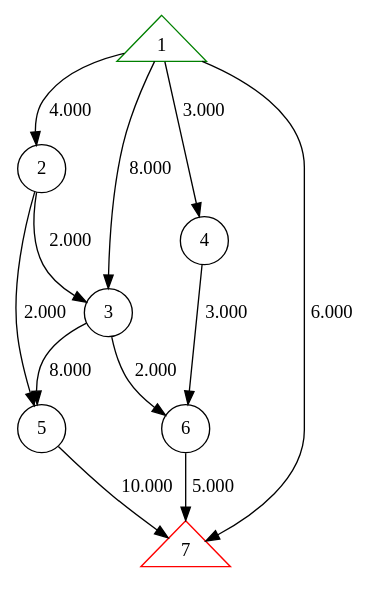
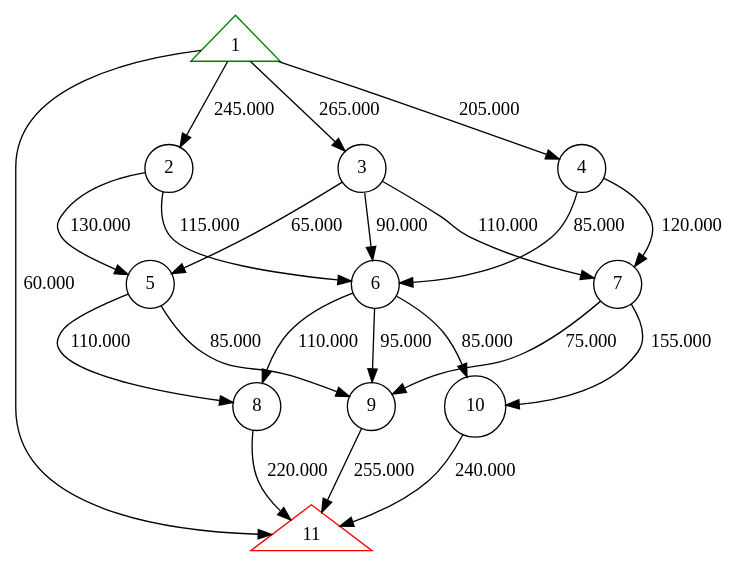
The diagram in a.dot (brunopasseti/MaxFlowProblem), drawn with Graphviz before and after one commit. The commit also changed 7 other files, not shown here.

```diff
--- a/a.dot
+++ b/a.dot
@@ -1,20 +1,34 @@
 digraph D {
         1 [shape=triangle, color=green]
         2 [shape=circle]
         3 [shape=circle]
         4 [shape=circle]
         5 [shape=circle]
         6 [shape=circle]
-        7 [shape=triangle, color=red]
-        1 -> 2 [label= 4.000]
-        1 -> 3 [label= 8.000]
-        1 -> 4 [label= 3.000]
-        1 -> 7 [label= 6.000]
-        2 -> 3 [label= 2.000]
-        2 -> 5 [label= 2.000]
-        3 -> 5 [label= 8.000]
-        3 -> 6 [label= 2.000]
-        4 -> 6 [label= 3.000]
-        5 -> 7 [label=10.000]
-        6 -> 7 [label= 5.000]
+        7 [shape=circle]
+        8 [shape=circle]
+        9 [shape=circle]
+        10 [shape=circle]
+        11 [shape=triangle, color=red]
+        1 -> 2 [label=245.000]
+        1 -> 3 [label=265.000]
+        1 -> 4 [label=205.000]
+        1 -> 11 [label=60.000]
+        2 -> 5 [label=130.000]
+        2 -> 6 [label=115.000]
+        3 -> 5 [label=65.000]
+        3 -> 6 [label=90.000]
+        3 -> 7 [label=110.000]
+        4 -> 6 [label=85.000]
+        4 -> 7 [label=120.000]
+        5 -> 8 [label=110.000]
+        5 -> 9 [label=85.000]
+        6 -> 8 [label=110.000]
+        6 -> 9 [label=95.000]
+        6 -> 10 [label=85.000]
+        7 -> 9 [label=75.000]
+        7 -> 10 [label=155.000]
+        8 -> 11 [label=220.000]
+        9 -> 11 [label=255.000]
+        10 -> 11 [label=240.000]
 }
```
